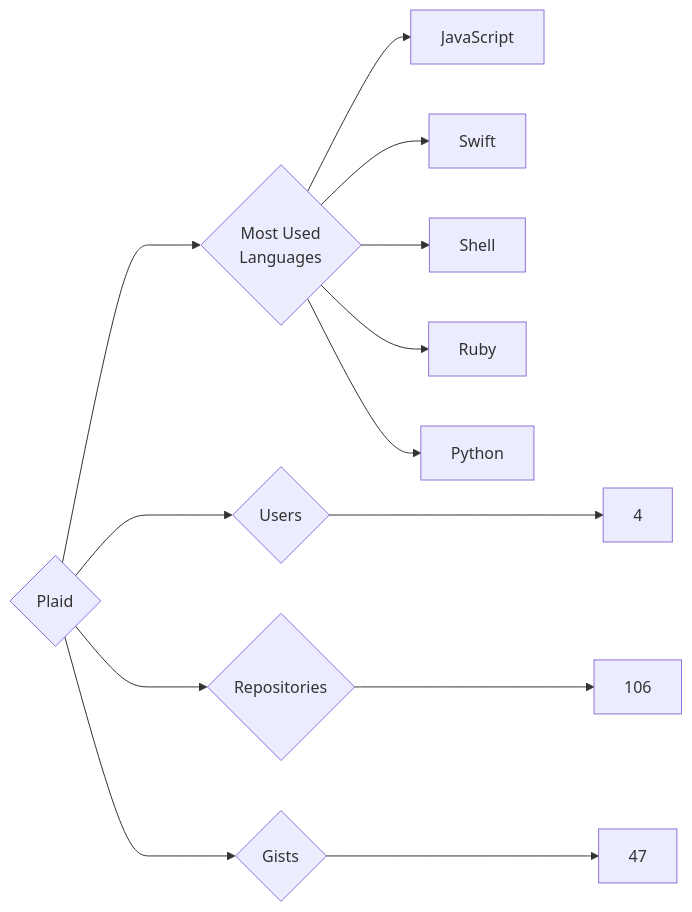
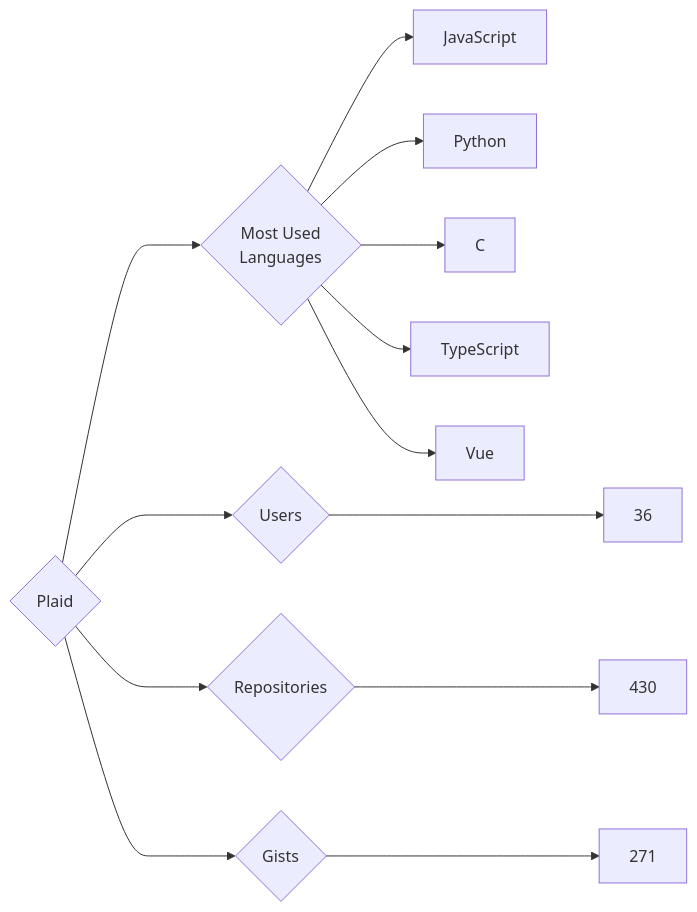
Before and after one commit to trickest/insiders: the diagram in targets/Plaid/README.md, drawn with Mermaid. The commit also changed 976 other files, not shown here.

````diff
--- a/targets/Plaid/README.md
+++ b/targets/Plaid/README.md
@@ -3,13 +3,13 @@
 ```mermaid
 graph LR
 COMPANY_NAME{Plaid}
-COMPANY_NAME ---> U{Users} ---> UN[4]
-COMPANY_NAME ---> R{Repositories} ---> RN[106]
-COMPANY_NAME ---> G{Gists} ---> GN[47]
+COMPANY_NAME ---> U{Users} ---> UN[36]
+COMPANY_NAME ---> R{Repositories} ---> RN[430]
+COMPANY_NAME ---> G{Gists} ---> GN[271]
 COMPANY_NAME ---> ML{Most Used<br>Languages}
 ML --> JavaScript[JavaScript]
-ML --> Swift[Swift]
-ML --> Shell[Shell]
-ML --> Ruby[Ruby]
 ML --> Python[Python]
+ML --> C[C]
+ML --> TypeScript[TypeScript]
+ML --> Vue[Vue]
 ```
````
